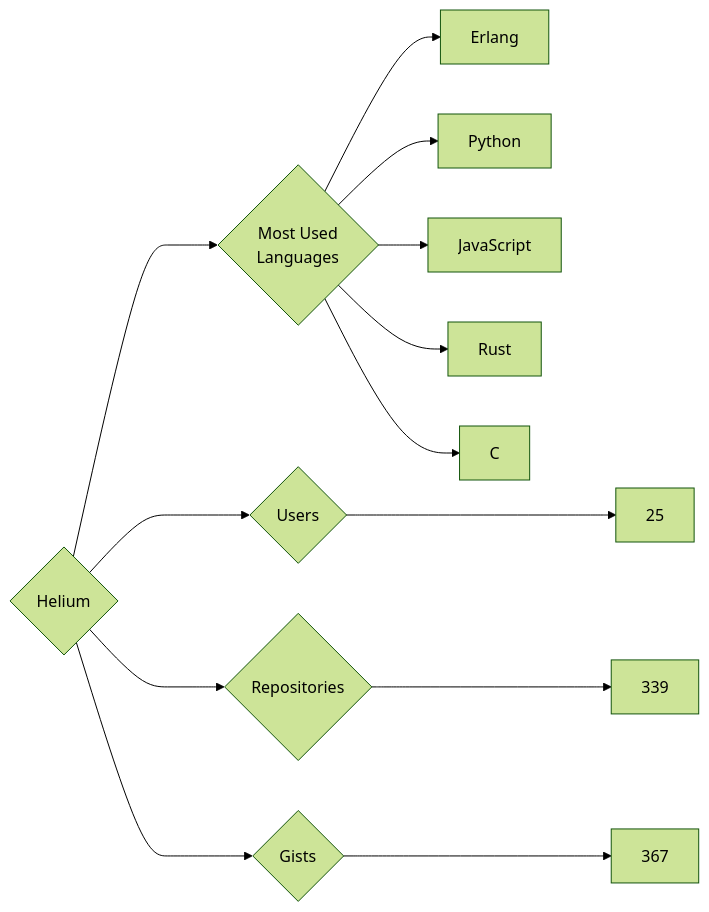
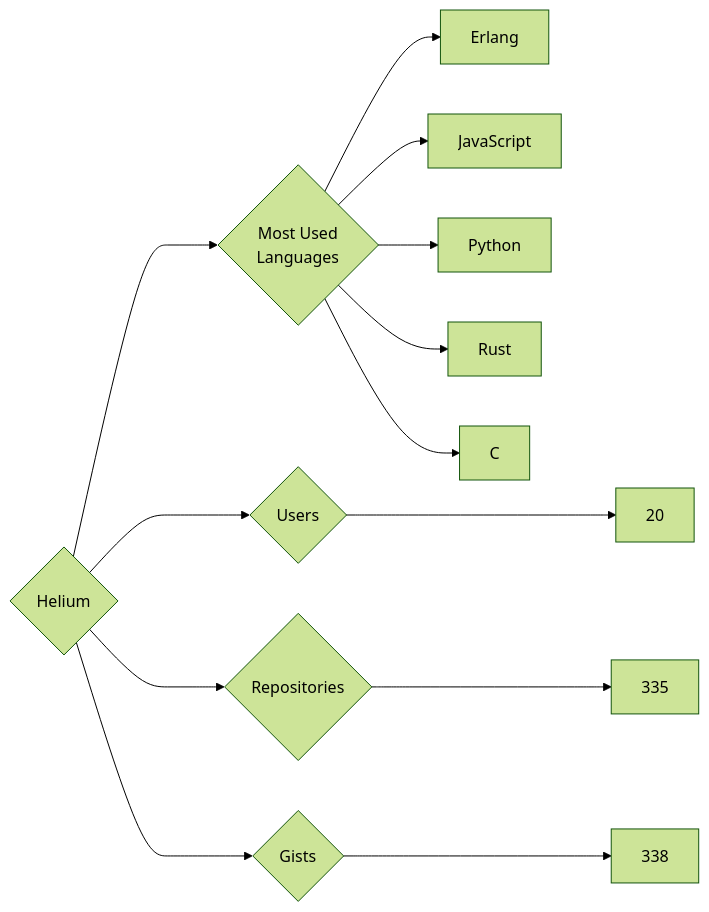
Before and after one commit to trickest/insiders: the diagram in targets/Helium/README.md, drawn with Mermaid (forest theme). The commit also changed 888 other files, not shown here.

````diff
--- a/targets/Helium/README.md
+++ b/targets/Helium/README.md
@@ -3,13 +3,13 @@
 ```mermaid
 graph LR
 COMPANY_NAME{Helium}
-COMPANY_NAME ---> U{Users} ---> UN[25]
-COMPANY_NAME ---> R{Repositories} ---> RN[339]
-COMPANY_NAME ---> G{Gists} ---> GN[367]
+COMPANY_NAME ---> U{Users} ---> UN[20]
+COMPANY_NAME ---> R{Repositories} ---> RN[335]
+COMPANY_NAME ---> G{Gists} ---> GN[338]
 COMPANY_NAME ---> ML{Most Used<br>Languages}
 ML --> Erlang[Erlang]
+ML --> JavaScript[JavaScript]
 ML --> Python[Python]
-ML --> JavaScript[JavaScript]
 ML --> Rust[Rust]
 ML --> C[C]
 ```
````
